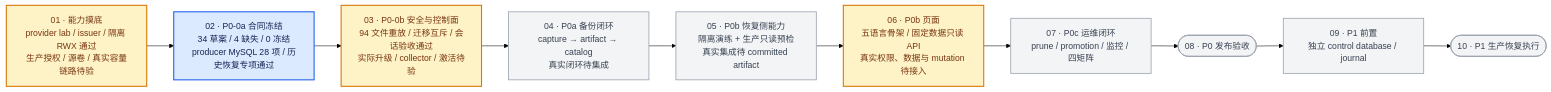
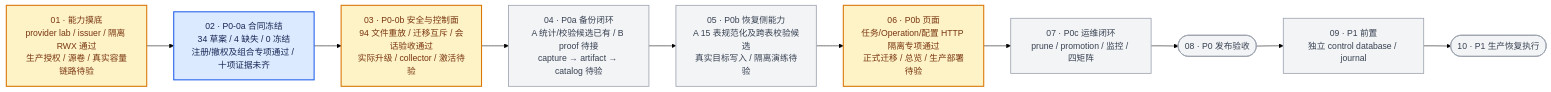
The diagram in docs/system-backup-development-flow.md (Li-Day-Day/ClawManager), drawn with Mermaid (forest theme) before and after one commit. The commit also changed other lines of this file and 235 other files, not shown here.

````diff
--- a/docs/system-backup-development-flow.md
+++ b/docs/system-backup-development-flow.md
@@ -26,22 +28,22 @@
 ```mermaid
 flowchart LR
     S["01 · 能力摸底<br/>provider lab / issuer / 隔离 RWX 通过<br/>生产授权 / 源卷 / 真实容量链路待验"]
-    A["02 · P0-0a 合同冻结<br/>34 草案 / 4 缺失 / 0 冻结<br/>producer MySQL 28 项 / 历史恢复专项通过"]
+    A["02 · P0-0a 合同冻结<br/>34 草案 / 4 缺失 / 0 冻结<br/>注册/撤权及组合专项通过 / 十项证据未齐"]
     B["03 · P0-0b 安全与控制面<br/>94 文件重放 / 迁移互斥 / 会话验收通过<br/>实际升级 / collector / 激活待验"]
-    C["04 · P0a 备份闭环<br/>capture → artifact → catalog<br/>真实闭环待集成"]
-    D["05 · P0b 恢复侧能力<br/>隔离演练 + 生产只读预检<br/>真实集成待 committed artifact"]
-    U["06 · P0b 页面<br/>五语言骨架 / 固定数据只读 API<br/>真实权限、数据与 mutation 待接入"]
+    C["04 · P0a 备份闭环<br/>A 统计/校验候选已有 / B proof 待接<br/>capture → artifact → catalog 待验"]
+    D["05 · P0b 恢复侧能力<br/>A 15 表规范化及跨表校验候选<br/>真实目标写入 / 隔离演练待验"]
+    U["06 · P0b 页面<br/>任务/Operation/配置 HTTP 隔离专项通过<br/>正式迁移 / 总览 / 生产部署待验"]
     E["07 · P0c 运维闭环<br/>prune / promotion / 监控 / 四矩阵"]
     G(["08 · P0 发布验收"])
     J["09 · P1 前置<br/>独立 control database / journal"]
     P(["10 · P1 生产恢复执行"])
 
     S --> A --> B --> C --> D --> U --> E --> G --> J --> P
 
     classDef active fill:#DBEAFE,stroke:#2563EB,stroke-width:2px,color:#172554
     classDef partial fill:#FEF3C7,stroke:#D97706,stroke-width:2px,color:#78350F
     classDef planned fill:#F3F4F6,stroke:#9CA3AF,stroke-width:1.5px,color:#374151
     class A active
     class S,B,U partial
     class C,D,E,G,J,P planned
 ```
````
